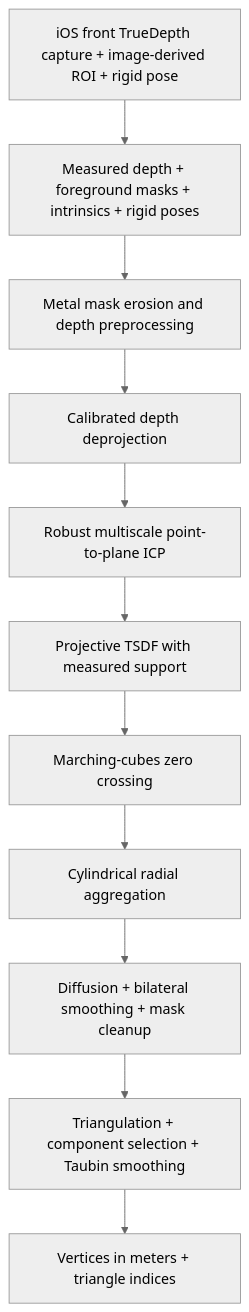
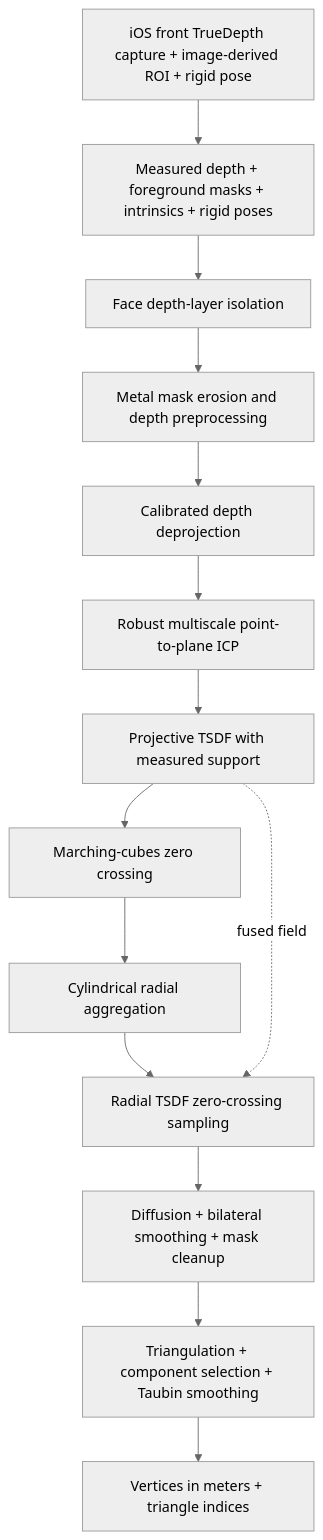
One commit to porarrirr/truemyface-reconstruction changed the diagram in README.md. Above: the diagram before and after it, drawn with Mermaid (neutral theme). The commit also changed other lines of this file and 6 other files, not shown here.

First line of the commit message:
Isolate face depth layer and sample cylinder radii from the TSDF field (#1)

````diff
--- a/README.md
+++ b/README.md
@@ -47,13 +51,16 @@
 ```mermaid
 flowchart TD
     S[iOS front TrueDepth capture + image-derived ROI + rigid pose] --> A[Measured depth + foreground masks + intrinsics + rigid poses]
-    A --> B[Metal mask erosion and depth preprocessing]
+    A --> L[Face depth-layer isolation]
+    L --> B[Metal mask erosion and depth preprocessing]
     B --> C[Calibrated depth deprojection]
     C --> D[Robust multiscale point-to-plane ICP]
     D --> E[Projective TSDF with measured support]
     E --> F[Marching-cubes zero crossing]
     F --> G[Cylindrical radial aggregation]
-    G --> H[Diffusion + bilateral smoothing + mask cleanup]
+    G --> R[Radial TSDF zero-crossing sampling]
+    E -. fused field .-> R
+    R --> H[Diffusion + bilateral smoothing + mask cleanup]
     H --> I[Triangulation + component selection + Taubin smoothing]
     I --> J[Vertices in meters + triangle indices]
 ```
````
